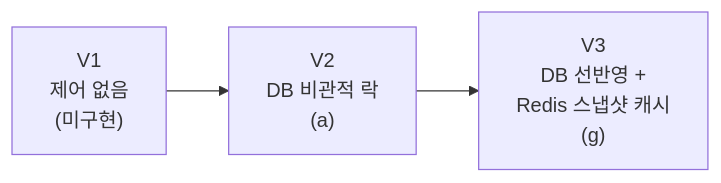
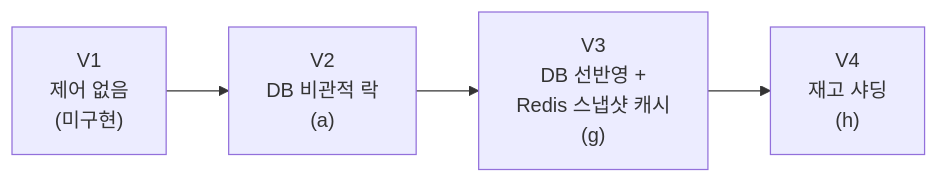
The first of 2 diagrams in README.md (Mealiver-IT/Mealiver-IT-BE), drawn with Mermaid before and after one commit. The commit also changed other lines of this file and 9 other files, not shown here.

````diff
--- a/README.md
+++ b/README.md
@@ -168,4 +176,4 @@
 ```mermaid
 flowchart LR
-    V1["V1<br/>제어 없음<br/>(미구현)"] --> V2["V2<br/>DB 비관적 락<br/>(a)"] --> V3["V3<br/>DB 선반영 +<br/>Redis 스냅샷 캐시<br/>(g)"]
+    V1["V1<br/>제어 없음<br/>(미구현)"] --> V2["V2<br/>DB 비관적 락<br/>(a)"] --> V3["V3<br/>DB 선반영 +<br/>Redis 스냅샷 캐시<br/>(g)"] --> V4["V4<br/>재고 샤딩<br/>(h)"]
 ```
````
